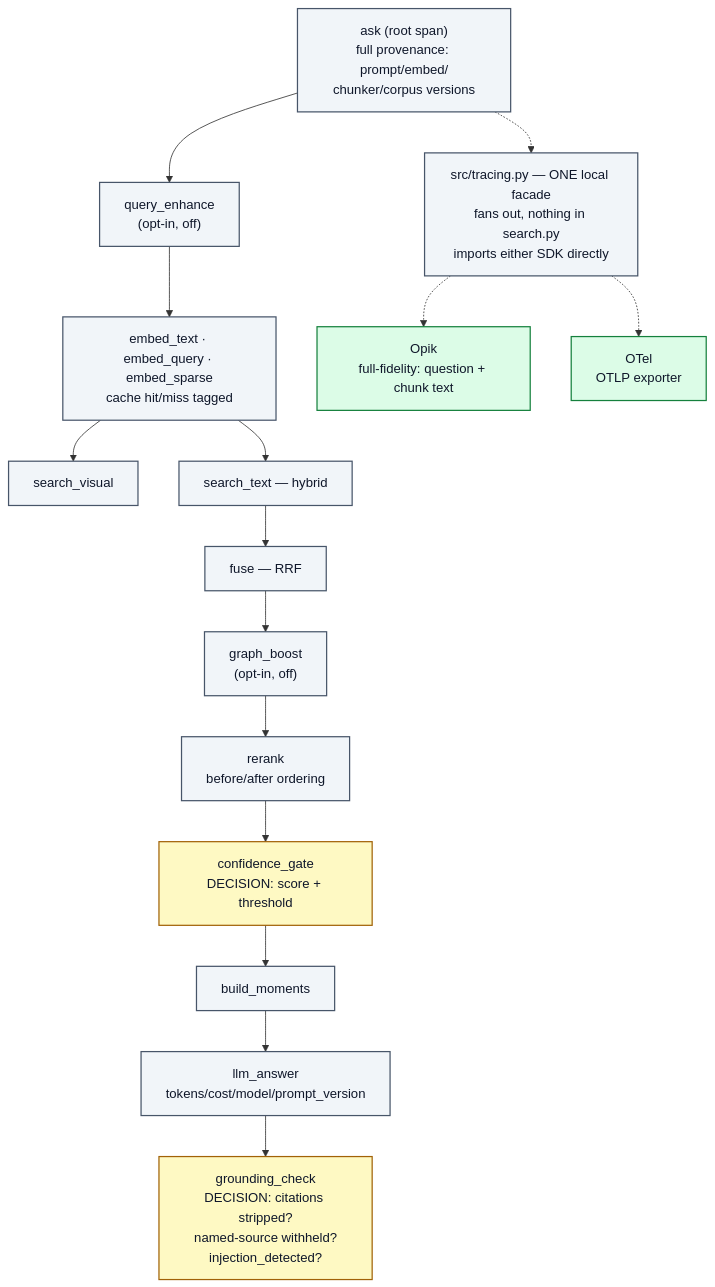
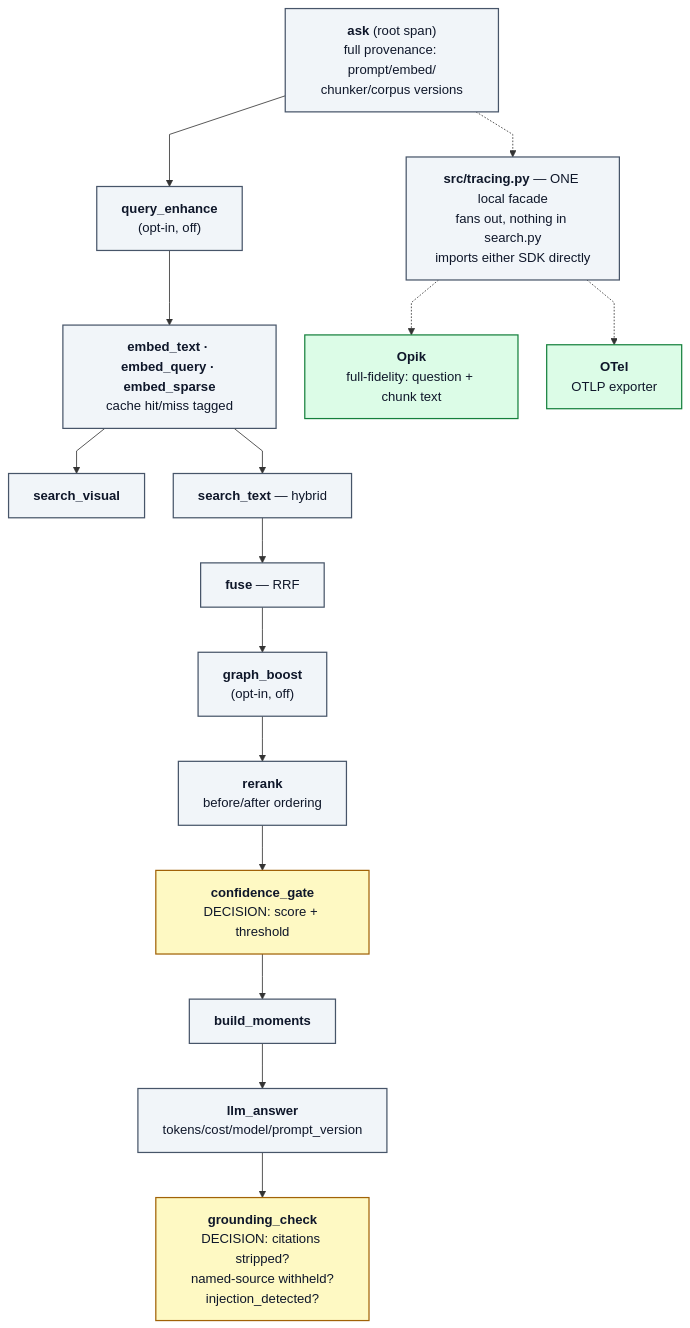
One commit to Bhardwaj-Saurabh/ScholarMomentSearch changed the fourth of 8 diagrams in ARCHITECTURE.md. Above: the diagram before and after it, drawn with Mermaid. The commit also changed other lines of this file, not shown here.

Commit message:
Polish HLD/mermaid diagrams: straight edges, bold headers, unified legend/palette

````diff
--- a/ARCHITECTURE.md
+++ b/ARCHITECTURE.md
@@ -232,30 +267,31 @@
 ```mermaid
+%%{init: {'flowchart': {'curve': 'linear', 'nodeSpacing': 35, 'rankSpacing': 55}}}%%
 flowchart TB
   classDef span fill:#f1f5f9,stroke:#475569,stroke-width:1.5px,color:#0f172a
   classDef decision fill:#fef9c3,stroke:#a16207,stroke-width:1.5px,color:#0f172a
   classDef backend fill:#dcfce7,stroke:#15803d,stroke-width:1.5px,color:#0f172a
 
-  ROOT["ask (root span)<br/>full provenance: prompt/embed/<br/>chunker/corpus versions"]:::span
-  QE["query_enhance<br/>(opt-in, off)"]:::span
-  EMB["embed_text · embed_query · embed_sparse<br/>cache hit/miss tagged"]:::span
-  SV["search_visual"]:::span
-  ST["search_text — hybrid"]:::span
-  FU["fuse — RRF"]:::span
-  GB["graph_boost<br/>(opt-in, off)"]:::span
-  RR["rerank<br/>before/after ordering"]:::span
-  CG["confidence_gate<br/>DECISION: score + threshold"]:::decision
-  BM["build_moments"]:::span
-  LA["llm_answer<br/>tokens/cost/model/prompt_version"]:::span
-  GC["grounding_check<br/>DECISION: citations stripped?<br/>named-source withheld?<br/>injection_detected?"]:::decision
+  ROOT["<b>ask</b> (root span)<br/>full provenance: prompt/embed/<br/>chunker/corpus versions"]:::span
+  QE["<b>query_enhance</b><br/>(opt-in, off)"]:::span
+  EMB["<b>embed_text · embed_query · embed_sparse</b><br/>cache hit/miss tagged"]:::span
+  SV["<b>search_visual</b>"]:::span
+  ST["<b>search_text</b> — hybrid"]:::span
+  FU["<b>fuse</b> — RRF"]:::span
+  GB["<b>graph_boost</b><br/>(opt-in, off)"]:::span
+  RR["<b>rerank</b><br/>before/after ordering"]:::span
+  CG["<b>confidence_gate</b><br/>DECISION: score + threshold"]:::decision
+  BM["<b>build_moments</b>"]:::span
+  LA["<b>llm_answer</b><br/>tokens/cost/model/prompt_version"]:::span
+  GC["<b>grounding_check</b><br/>DECISION: citations stripped?<br/>named-source withheld?<br/>injection_detected?"]:::decision
 
   ROOT --> QE --> EMB --> SV
   EMB --> ST --> FU --> GB --> RR --> CG --> BM --> LA --> GC
 
-  FACADE["src/tracing.py — ONE local facade<br/>fans out, nothing in search.py<br/>imports either SDK directly"]:::span
-  OPIK["Opik<br/>full-fidelity: question + chunk text"]:::backend
-  OTEL["OTel<br/>OTLP exporter"]:::backend
+  FACADE["<b>src/tracing.py</b> — ONE local facade<br/>fans out, nothing in search.py<br/>imports either SDK directly"]:::span
+  OPIK["<b>Opik</b><br/>full-fidelity: question + chunk text"]:::backend
+  OTEL["<b>OTel</b><br/>OTLP exporter"]:::backend
 
   ROOT -.-> FACADE
   FACADE -.-> OPIK
   FACADE -.-> OTEL
 ```
````
